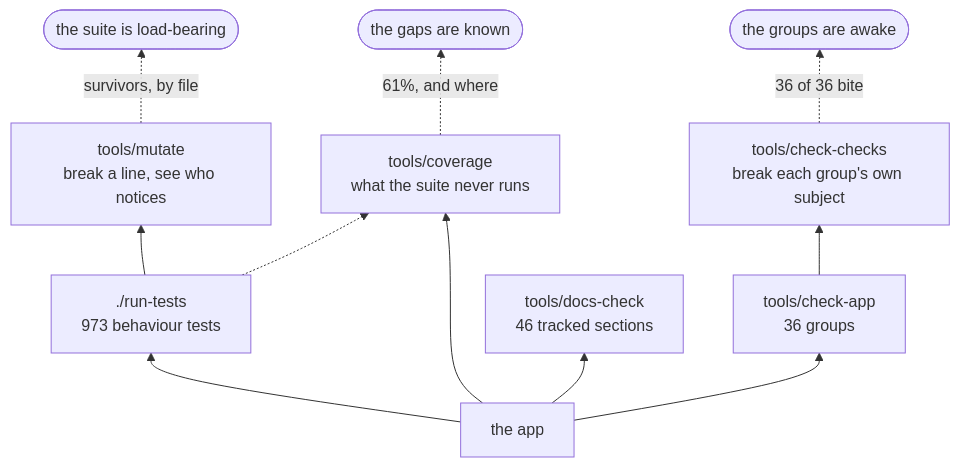
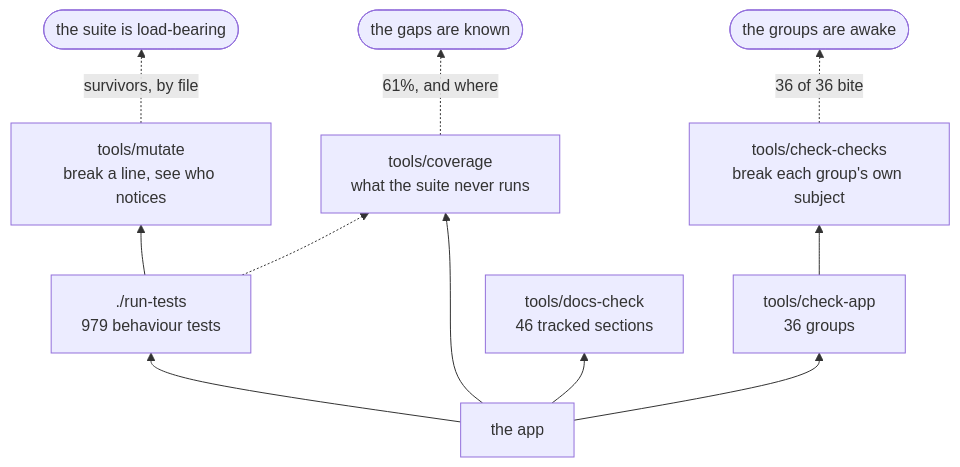
One commit to minormending/crystal-pilot-mobile changed the second of 3 diagrams in docs/DEVELOPING.md. Above: the diagram before and after it, drawn with Mermaid. The commit also changed other lines of this file and 7 other files, not shown here.

````diff
--- a/docs/DEVELOPING.md
+++ b/docs/DEVELOPING.md
@@ -128,13 +129,13 @@
 ```mermaid
 flowchart BT
-    C["the app"] --> T["./run-tests<br/>973 behaviour tests"]
+    C["the app"] --> T["./run-tests<br/>979 behaviour tests"]
     C --> A["tools/check-app<br/>36 groups"]
     C --> D["tools/docs-check<br/>46 tracked sections"]
     C --> V["tools/coverage<br/>what the suite never runs"]
     T --> M["tools/mutate<br/>break a line, see who notices"]
     A --> K["tools/check-checks<br/>break each group's own subject"]
     T -.-> V
     M -.->|"survivors, by file"| R(["the suite is load-bearing"])
     K -.->|"36 of 36 bite"| R2(["the groups are awake"])
     V -.->|"61%, and where"| R3(["the gaps are known"])
 ```
````
